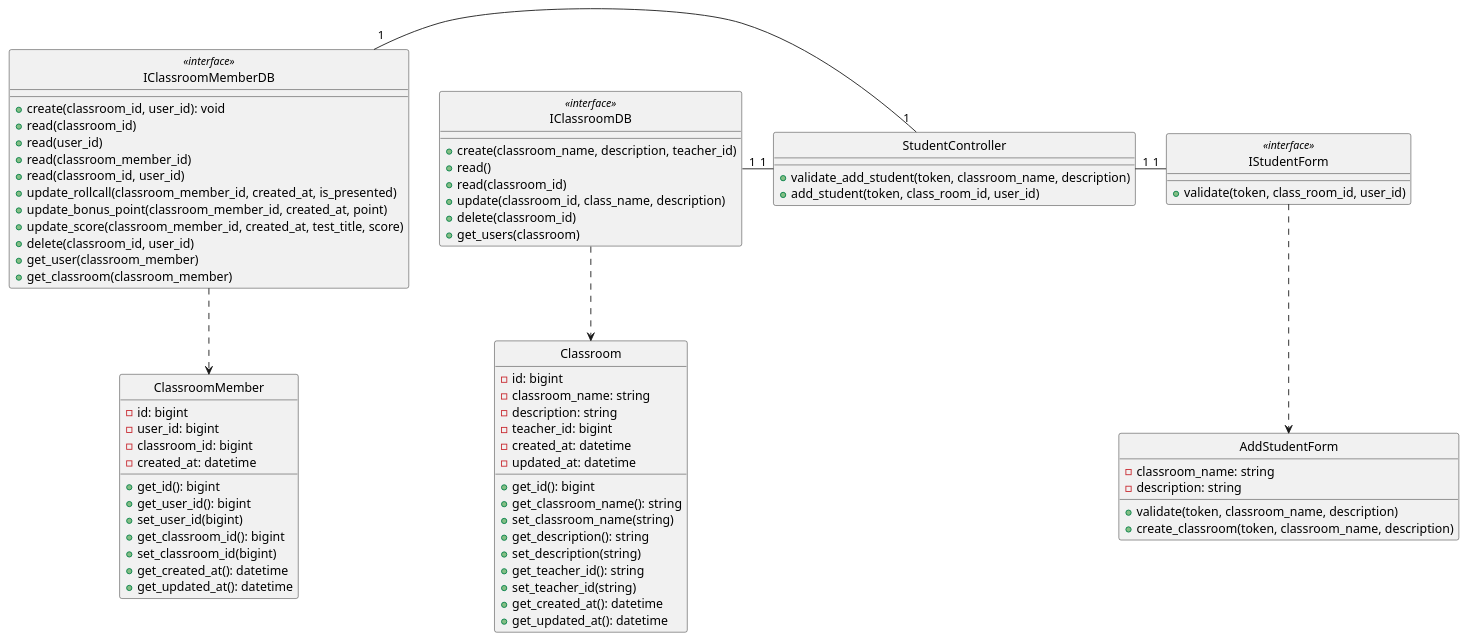
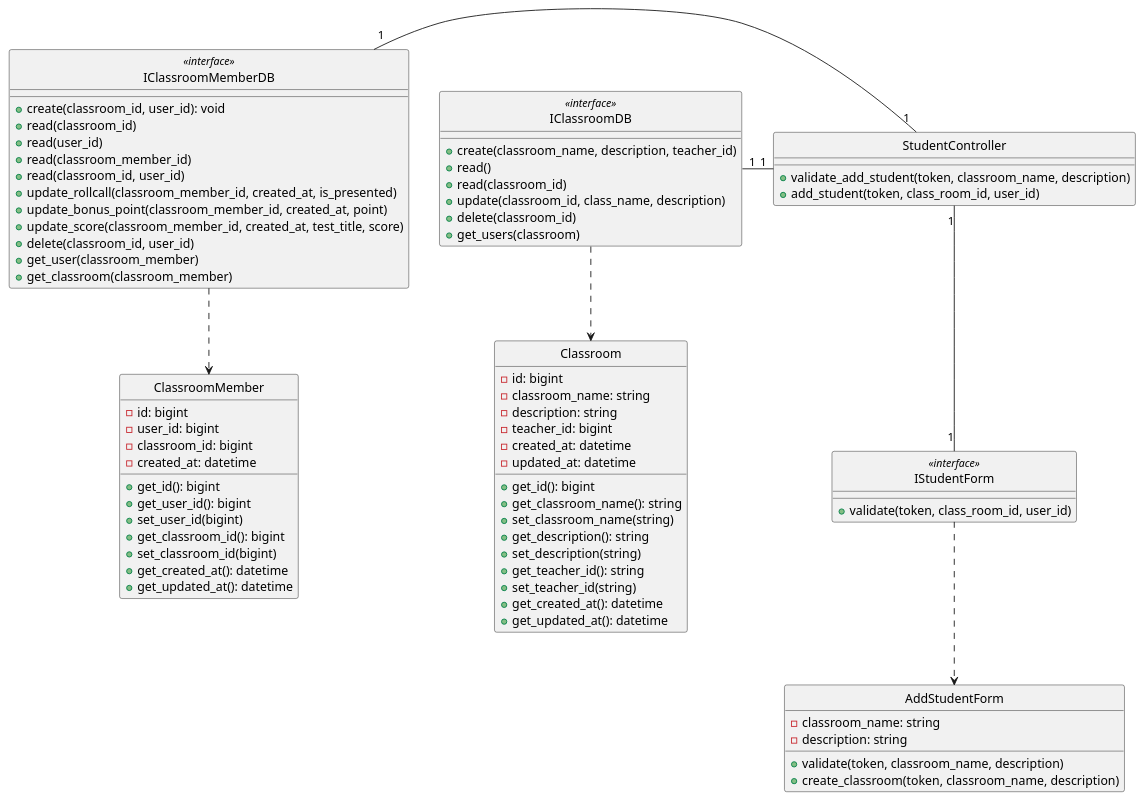
One commit to anonyhostvn/OOAD-Diagram changed the diagram in class - design/student/addStudent.plantuml. Above: the diagram before and after it, drawn with PlantUML. The commit also changed 9 other files, not shown here.

Commit message:
shorten diagram

```diff
--- a/class - design/student/addStudent.plantuml
+++ b/class - design/student/addStudent.plantuml
@@ -1,96 +1,96 @@
 @startuml addStudent
 
 class Classroom {
     - id: bigint
     - classroom_name: string
     - description: string
     - teacher_id: bigint
     - created_at: datetime
     - updated_at: datetime
 
     + get_id(): bigint
     + get_classroom_name(): string
     + set_classroom_name(string)
     + get_description(): string
     + set_description(string)
     + get_teacher_id(): string
     + set_teacher_id(string)
     + get_created_at(): datetime
     + get_updated_at(): datetime
 }
 
 class IClassroomDB <<interface>> {
     + create(classroom_name, description, teacher_id)
     + read()
     + read(classroom_id)
     + update(classroom_id, class_name, description)
     + delete(classroom_id)
     + get_users(classroom)
 }
 
 class AddStudentForm {
     - classroom_name: string
     - description: string
 
     + validate(token, classroom_name, description)
     + create_classroom(token, classroom_name, description)
 }
 
 class IStudentForm <<interface>> {
     + validate(token, class_room_id, user_id)
 }
 
 class StudentController {
     + validate_add_student(token, classroom_name, description)
     + add_student(token, class_room_id, user_id)
 }
 
 
 class ClassroomMember {
     - id: bigint
     - user_id: bigint
     - classroom_id: bigint
     - created_at: datetime
 
     + get_id(): bigint
     + get_user_id(): bigint
     + set_user_id(bigint)
     + get_classroom_id(): bigint
     + set_classroom_id(bigint)
     + get_created_at(): datetime
     + get_updated_at(): datetime
 }
 
 class IClassroomMemberDB <<interface>> {
     + create(classroom_id, user_id): void
     + read(classroom_id)
     + read(user_id)
     + read(classroom_member_id)
     + read(classroom_id, user_id)
     + update_rollcall(classroom_member_id, created_at, is_presented)
     + update_bonus_point(classroom_member_id, created_at, point)
     + update_score(classroom_member_id, created_at, test_title, score)
     + delete(classroom_id, user_id)
     + get_user(classroom_member)
     + get_classroom(classroom_member)
 }
 
 hide Classroom circle
 hide IClassroomDB <<interface>> circle
 hide AddStudentForm circle
 hide IStudentForm <<interface>> circle
 hide StudentController circle
 hide IClassroomMemberDB <<interface>> circle
 hide ClassroomMember circle
 
 
 IClassroomDB -down.> Classroom
 IStudentForm .down.> AddStudentForm
 IClassroomMemberDB .down.> ClassroomMember
 StudentController "1"-left-"1" IClassroomDB
-IStudentForm "1"-left-"1" StudentController
+IStudentForm "1"-up-"1" StudentController
 StudentController "1"-left-"1" IClassroomMemberDB
 
 
 
 @enduml
```
